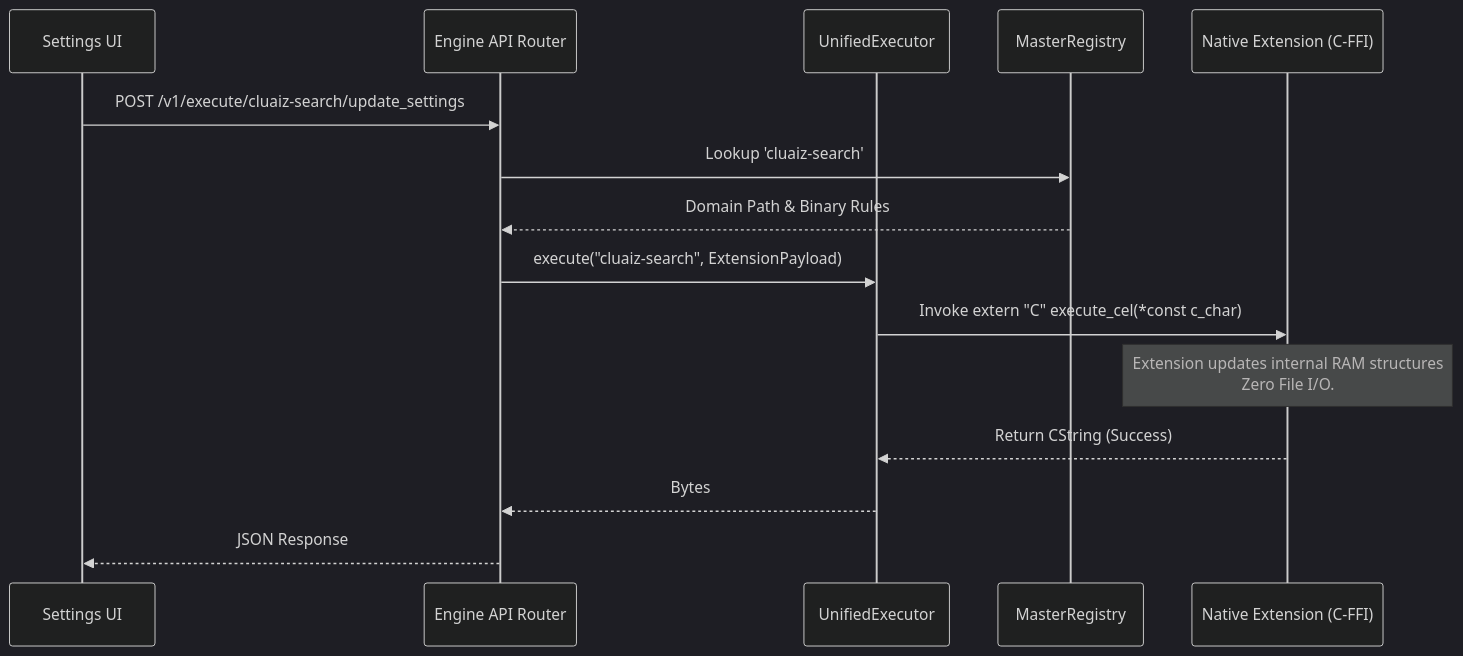
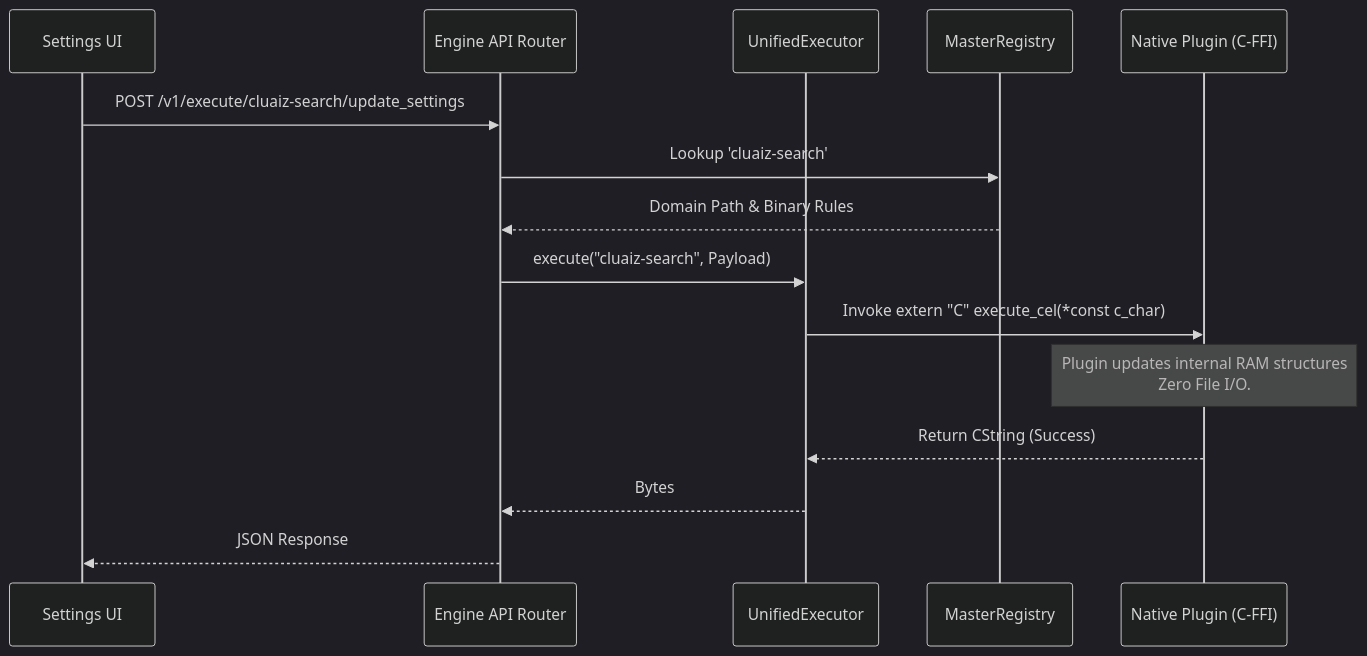
Before and after one commit to ayan-kushwaha/Cluaiz-: the diagram in docs/cel/tutorials/dynamic_execution_architecture.md, drawn with Mermaid (dark theme). The commit also changed other lines of this file and 109 other files, not shown here.

````diff
--- a/docs/cel/tutorials/dynamic_execution_architecture.md
+++ b/docs/cel/tutorials/dynamic_execution_architecture.md
@@ -49,18 +49,18 @@
 ```mermaid
 sequenceDiagram
     participant UserUI as Settings UI
     participant Axum as Engine API Router
     participant Executor as UnifiedExecutor
     participant Registry as MasterRegistry
-    participant FFI as Native Extension (C-FFI)
+    participant FFI as Native Plugin (C-FFI)
 
     UserUI->>Axum: POST /v1/execute/cluaiz-search/update_settings
     Axum->>Registry: Lookup 'cluaiz-search'
     Registry-->>Axum: Domain Path & Binary Rules
-    Axum->>Executor: execute("cluaiz-search", ExtensionPayload)
+    Axum->>Executor: execute("cluaiz-search", Payload)
     Executor->>FFI: Invoke extern "C" execute_cel(*const c_char)
-    Note over FFI: Extension updates internal RAM structures<br/>Zero File I/O.
+    Note over FFI: Plugin updates internal RAM structures<br/>Zero File I/O.
     FFI-->>Executor: Return CString (Success)
     Executor-->>Axum: Bytes
     Axum-->>UserUI: JSON Response
 ```
````
